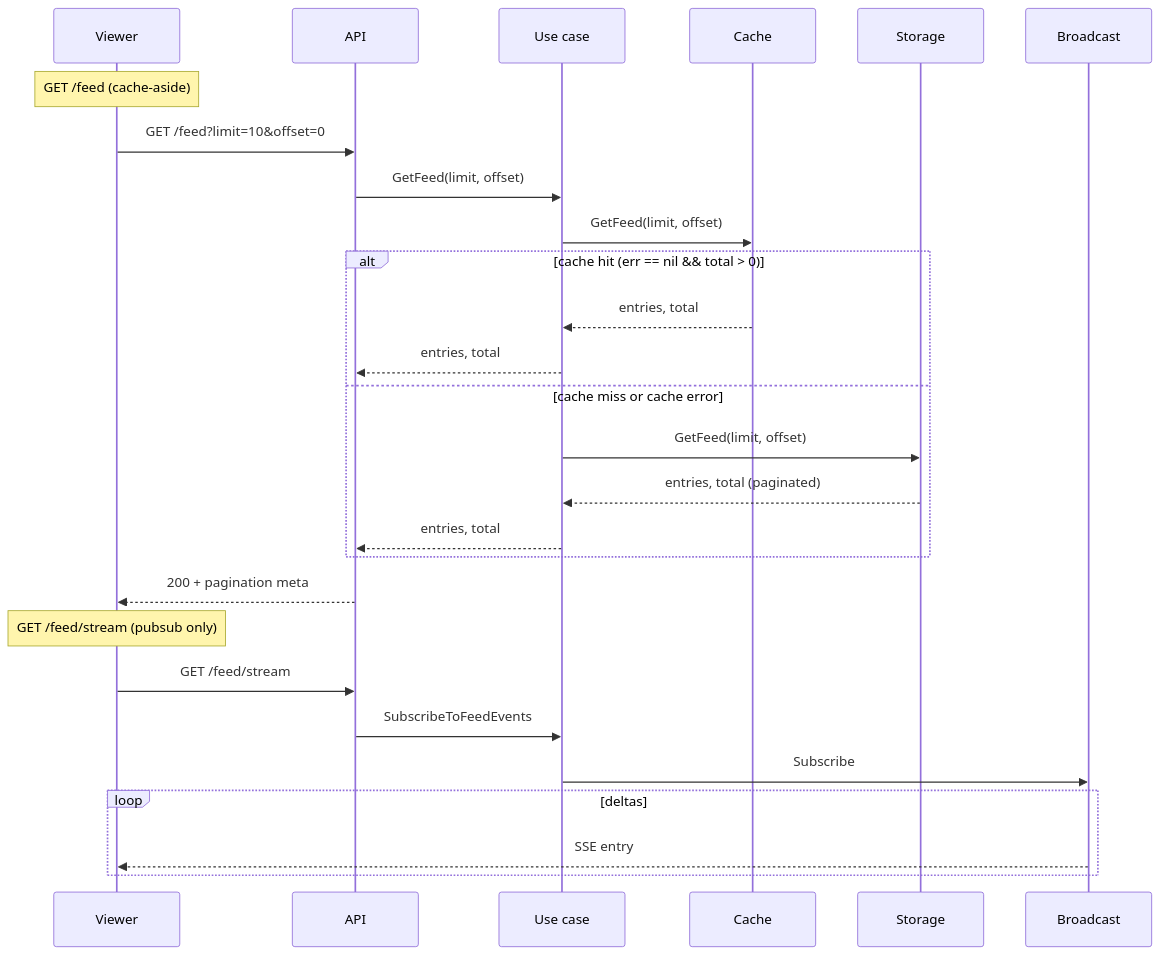
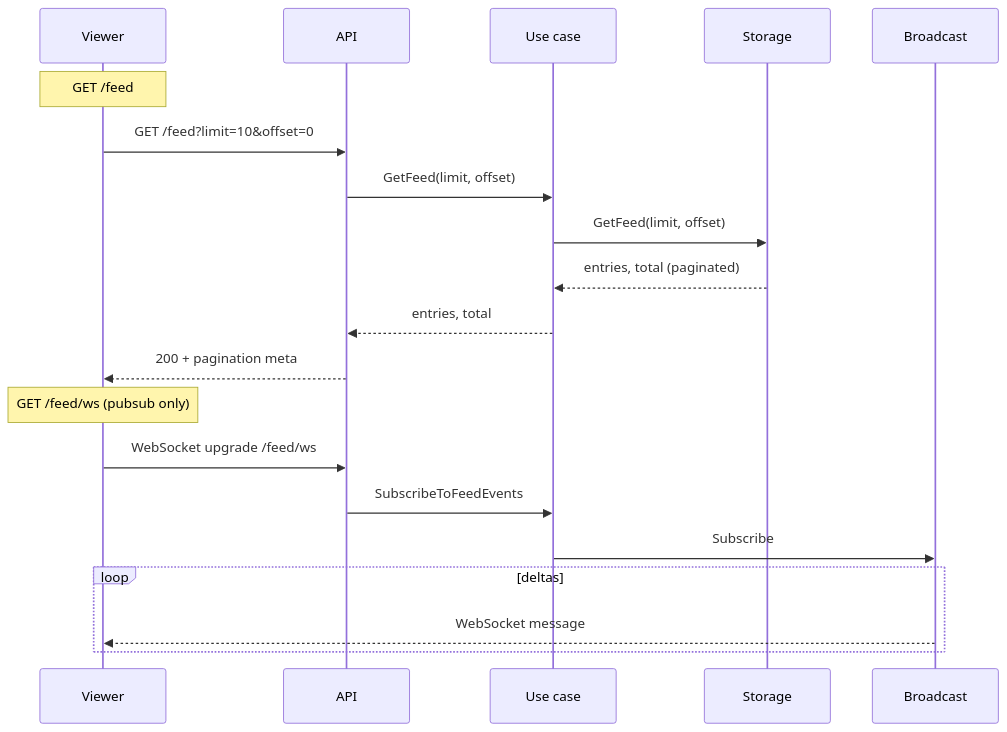
The fourth of 4 diagrams in docs/modules.md (Taingovan97/real-time-activity-feed), drawn with Mermaid before and after one commit. The commit also changed other lines of this file and 4 other files, not shown here.

````diff
--- a/docs/modules.md
+++ b/docs/modules.md
@@ -156,31 +152,24 @@
 ```mermaid
 sequenceDiagram
     participant Viewer
     participant API
     participant UC as Use case
-    participant Cache
     participant Storage
     participant Broadcast
     
-    Note over Viewer: GET /feed (cache-aside)
+    Note over Viewer: GET /feed
     Viewer->>API: GET /feed?limit=10&offset=0
     API->>UC: GetFeed(limit, offset)
-    UC->>Cache: GetFeed(limit, offset)
-    alt cache hit (err == nil && total > 0)
-        Cache-->>UC: entries, total
-        UC-->>API: entries, total
-    else cache miss or cache error
-        UC->>Storage: GetFeed(limit, offset)
-        Storage-->>UC: entries, total (paginated)
-        UC-->>API: entries, total
-    end
+    UC->>Storage: GetFeed(limit, offset)
+    Storage-->>UC: entries, total (paginated)
+    UC-->>API: entries, total
     API-->>Viewer: 200 + pagination meta
     
-    Note over Viewer: GET /feed/stream (pubsub only)
-    Viewer->>API: GET /feed/stream
+    Note over Viewer: GET /feed/ws (pubsub only)
+    Viewer->>API: WebSocket upgrade /feed/ws
     API->>UC: SubscribeToFeedEvents
     UC->>Broadcast: Subscribe
     loop deltas
-        Broadcast-->>Viewer: SSE entry
+        Broadcast-->>Viewer: WebSocket message
     end
 ```
````
